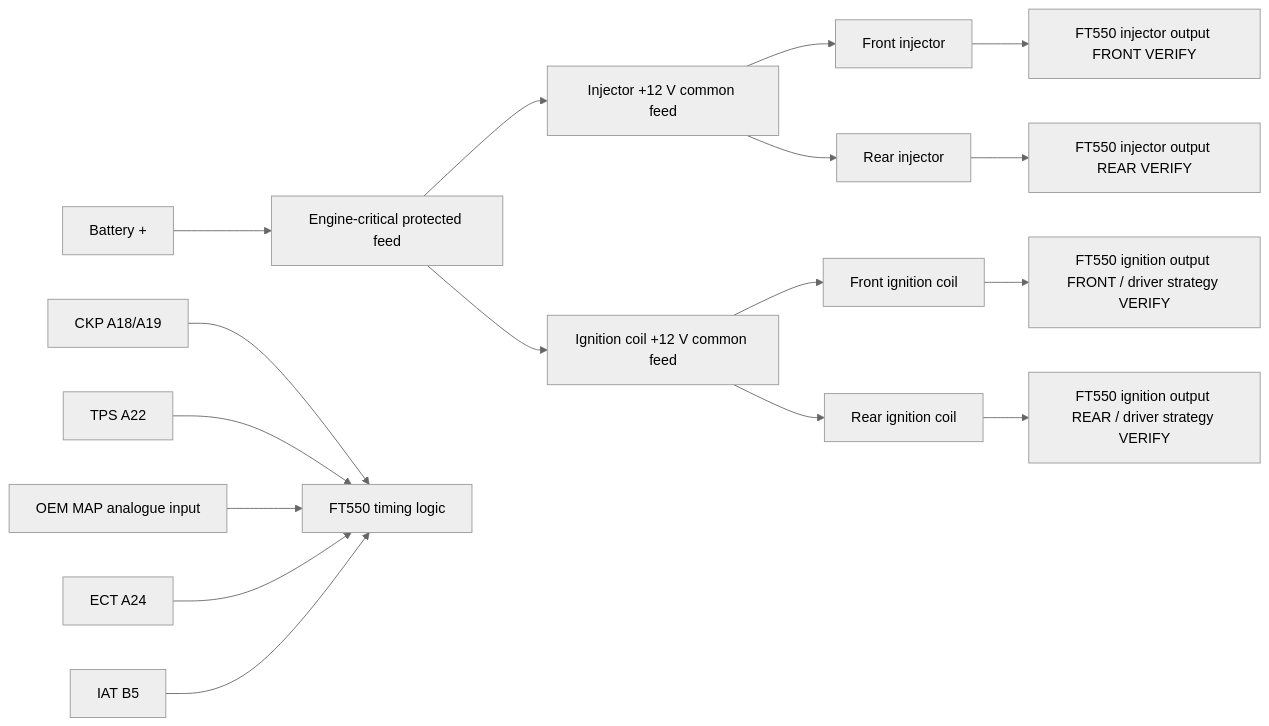
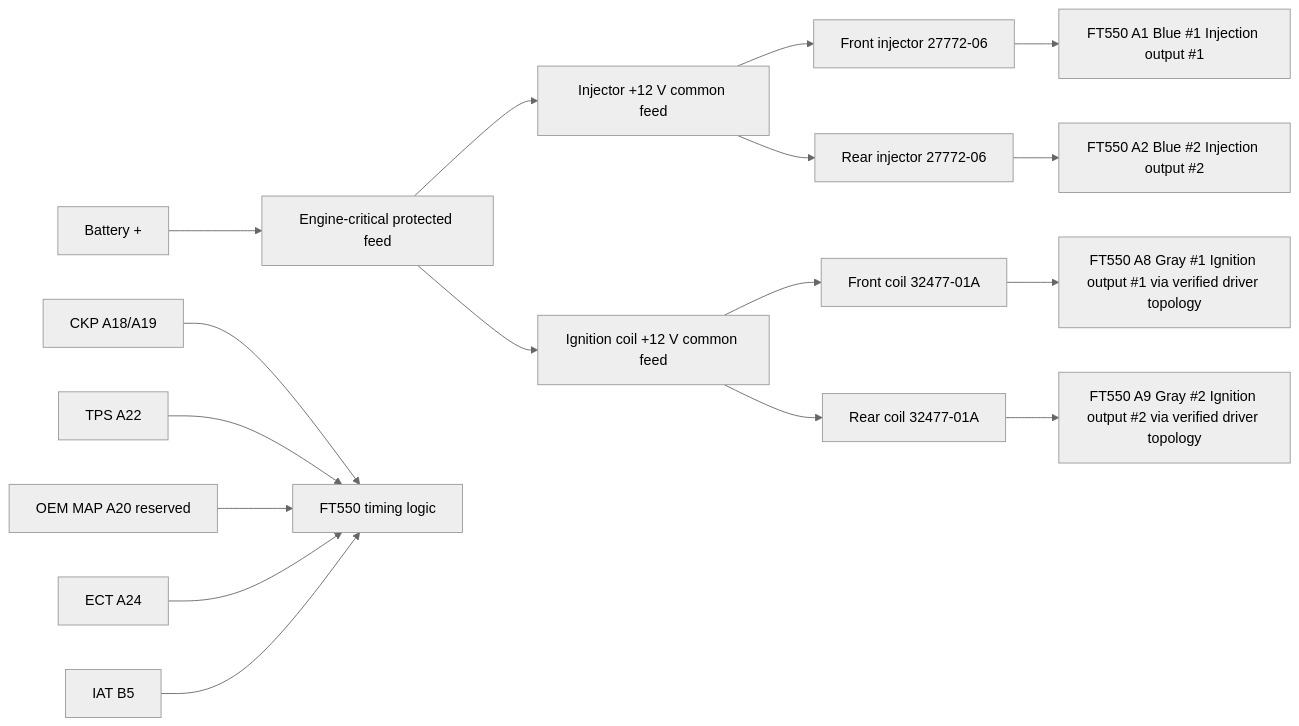
Before and after one commit to sawilso81-M8Cycle/Turbo-Vrod-Fueltec-550-Setup: the diagram in docs/HD-Style-Wiring/Sheet-03-Injection-and-Ignition.md, drawn with Mermaid (neutral theme). The commit also changed other lines of this file, not shown here.

Commit message:
Freeze FT550 injector and ignition output cavities

````diff
--- a/docs/HD-Style-Wiring/Sheet-03-Injection-and-Ignition.md
+++ b/docs/HD-Style-Wiring/Sheet-03-Injection-and-Ignition.md
@@ -7,22 +7,22 @@
 ```mermaid
 flowchart LR
   BATT[Battery +] --> EPM[Engine-critical protected feed]
   EPM --> INJ12[Injector +12 V common feed]
   EPM --> COIL12[Ignition coil +12 V common feed]
 
-  INJ12 --> INJF[Front injector]
-  INJ12 --> INJR[Rear injector]
-  INJF --> INJFO[FT550 injector output FRONT VERIFY]
-  INJR --> INJRO[FT550 injector output REAR VERIFY]
+  INJ12 --> INJF[Front injector 27772-06]
+  INJ12 --> INJR[Rear injector 27772-06]
+  INJF --> INJFO[FT550 A1 Blue #1 Injection output #1]
+  INJR --> INJRO[FT550 A2 Blue #2 Injection output #2]
 
-  COIL12 --> COILF[Front ignition coil]
-  COIL12 --> COILR[Rear ignition coil]
-  COILF --> IGNF[FT550 ignition output FRONT / driver strategy VERIFY]
-  COILR --> IGNR[FT550 ignition output REAR / driver strategy VERIFY]
+  COIL12 --> COILF[Front coil 32477-01A]
+  COIL12 --> COILR[Rear coil 32477-01A]
+  COILF --> IGNF[FT550 A8 Gray #1 Ignition output #1 via verified driver topology]
+  COILR --> IGNR[FT550 A9 Gray #2 Ignition output #2 via verified driver topology]
 
   CKP[CKP A18/A19] --> FT[FT550 timing logic]
   TPS[TPS A22] --> FT
-  MAP[OEM MAP analogue input] --> FT
+  MAP[OEM MAP A20 reserved] --> FT
   ECT[ECT A24] --> FT
   IAT[IAT B5] --> FT
 ```
````
